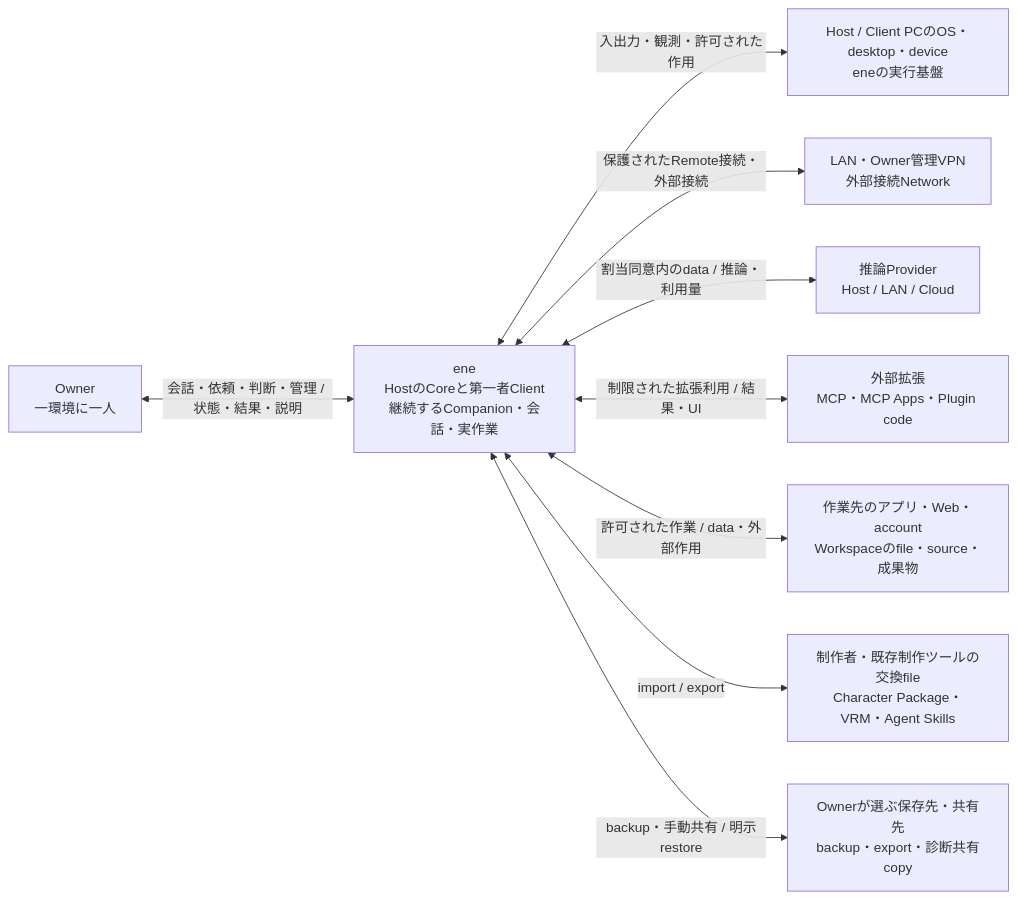
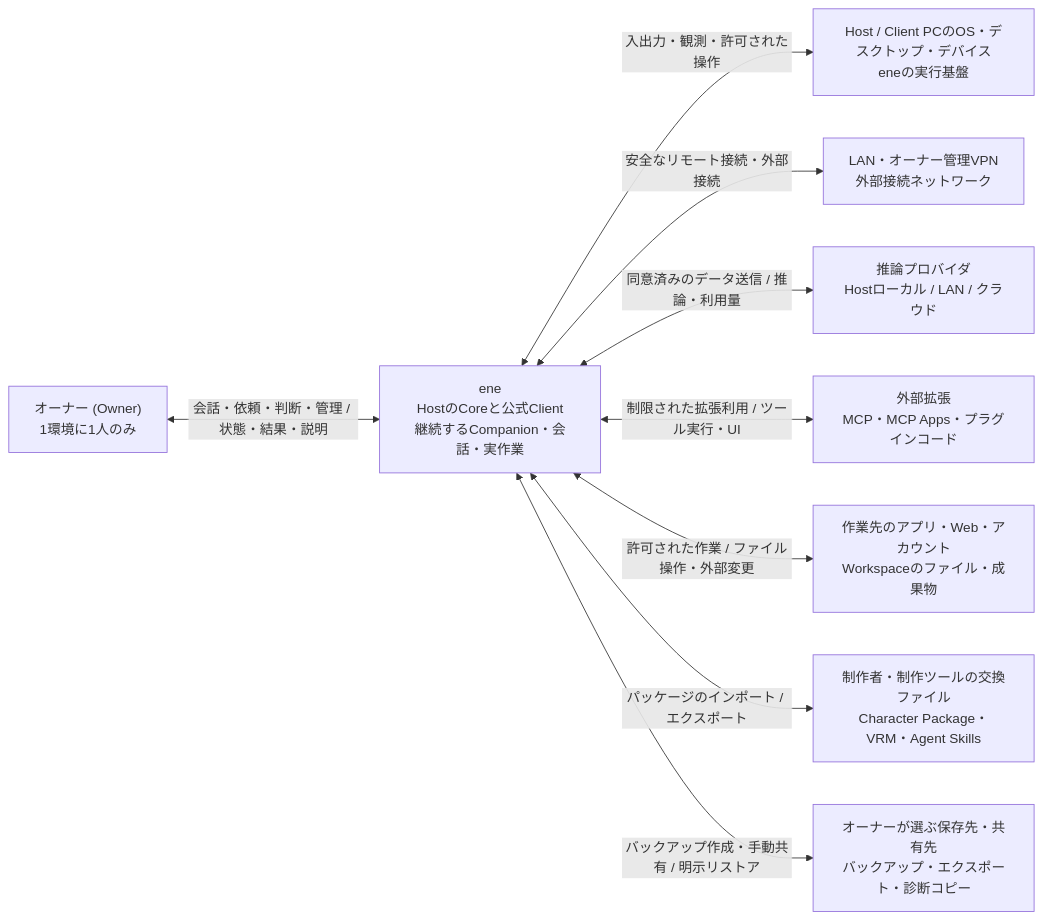
One commit to pexisgle/ene changed the diagram in docs/design/architecture/system-context.md. Above: the diagram before and after it, drawn with Mermaid. The commit also changed other lines of this file and 33 other files, not shown here.

````diff
--- a/docs/design/architecture/system-context.md
+++ b/docs/design/architecture/system-context.md
@@ -64,21 +68,21 @@
 ```mermaid
 flowchart LR
-    owner["Owner<br/>一環境に一人"]
-    ene["ene<br/>HostのCoreと第一者Client<br/>継続するCompanion・会話・実作業"]
-    platform["Host / Client PCのOS・desktop・device<br/>eneの実行基盤"]
-    network["LAN・Owner管理VPN<br/>外部接続Network"]
-    provider["推論Provider<br/>Host / LAN / Cloud"]
-    extension["外部拡張<br/>MCP・MCP Apps・Plugin code"]
-    work["作業先のアプリ・Web・account<br/>Workspaceのfile・source・成果物"]
-    exchange["制作者・既存制作ツールの交換file<br/>Character Package・VRM・Agent Skills"]
-    copies["Ownerが選ぶ保存先・共有先<br/>backup・export・診断共有copy"]
+    owner["オーナー (Owner)<br/>1環境に1人のみ"]
+    ene["ene<br/>HostのCoreと公式Client<br/>継続するCompanion・会話・実作業"]
+    platform["Host / Client PCのOS・デスクトップ・デバイス<br/>eneの実行基盤"]
+    network["LAN・オーナー管理VPN<br/>外部接続ネットワーク"]
+    provider["推論プロバイダ<br/>Hostローカル / LAN / クラウド"]
+    extension["外部拡張<br/>MCP・MCP Apps・プラグインコード"]
+    work["作業先のアプリ・Web・アカウント<br/>Workspaceのファイル・成果物"]
+    exchange["制作者・制作ツールの交換ファイル<br/>Character Package・VRM・Agent Skills"]
+    copies["オーナーが選ぶ保存先・共有先<br/>バックアップ・エクスポート・診断コピー"]
 
     owner <-->|"会話・依頼・判断・管理 / 状態・結果・説明"| ene
-    ene <-->|"入出力・観測・許可された作用"| platform
-    ene <-->|"保護されたRemote接続・外部接続"| network
-    ene <-->|"割当同意内のdata / 推論・利用量"| provider
-    ene <-->|"制限された拡張利用 / 結果・UI"| extension
-    ene <-->|"許可された作業 / data・外部作用"| work
-    ene <-->|"import / export"| exchange
-    ene <-->|"backup・手動共有 / 明示restore"| copies
+    ene <-->|"入出力・観測・許可された操作"| platform
+    ene <-->|"安全なリモート接続・外部接続"| network
+    ene <-->|"同意済みのデータ送信 / 推論・利用量"| provider
+    ene <-->|"制限された拡張利用 / ツール実行・UI"| extension
+    ene <-->|"許可された作業 / ファイル操作・外部変更"| work
+    ene <-->|"パッケージのインポート / エクスポート"| exchange
+    ene <-->|"バックアップ作成・手動共有 / 明示リストア"| copies
 ```
````
